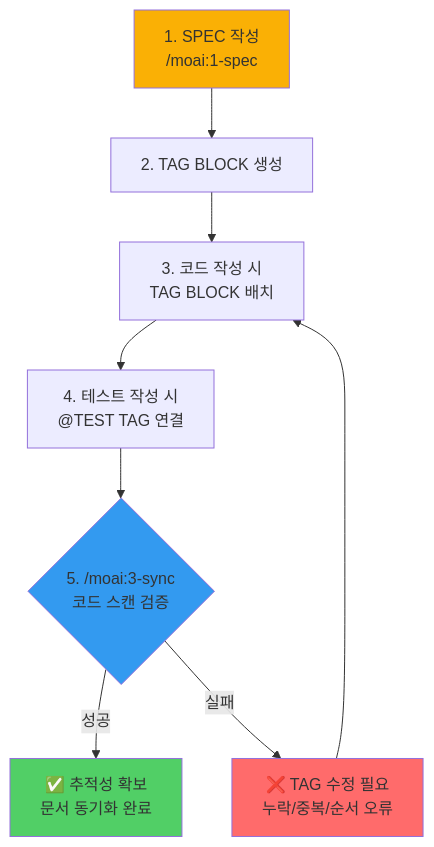
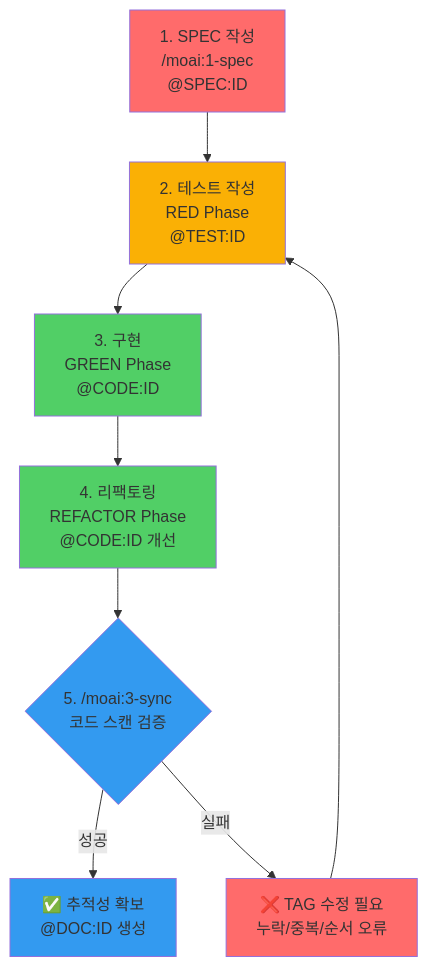
Before and after one commit to modu-ai/moai-adk: the fourth of 4 diagrams in docs/guide/tag-system.md, drawn with Mermaid. The commit also changed other lines of this file and 16 other files, not shown here.

````diff
--- a/docs/guide/tag-system.md
+++ b/docs/guide/tag-system.md
@@ -440,15 +587,18 @@
 ```mermaid
 graph TD
-    A[1. SPEC 작성<br/>/moai:1-spec] --> B[2. TAG BLOCK 생성]
-    B --> C[3. 코드 작성 시<br/>TAG BLOCK 배치]
-    C --> D[4. 테스트 작성 시<br/>@TEST TAG 연결]
+    A[1. SPEC 작성<br/>/moai:1-spec<br/>@SPEC:ID] --> B[2. 테스트 작성<br/>RED Phase<br/>@TEST:ID]
+    B --> C[3. 구현<br/>GREEN Phase<br/>@CODE:ID]
+    C --> D[4. 리팩토링<br/>REFACTOR Phase<br/>@CODE:ID 개선]
     D --> E{5. /moai:3-sync<br/>코드 스캔 검증}
-    E -->|성공| F[✅ 추적성 확보<br/>문서 동기화 완료]
+    E -->|성공| F[✅ 추적성 확보<br/>@DOC:ID 생성]
     E -->|실패| G[❌ TAG 수정 필요<br/>누락/중복/순서 오류]
-    G --> C
+    G --> B
 
-    style A fill:#fab005
+    style A fill:#ff6b6b
+    style B fill:#fab005
+    style C fill:#51cf66
+    style D fill:#51cf66
     style E fill:#339af0
-    style F fill:#51cf66
+    style F fill:#339af0
     style G fill:#ff6b6b
 ```
````
